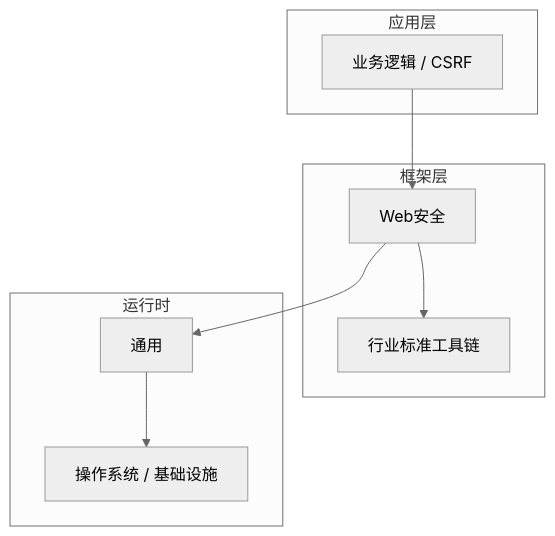
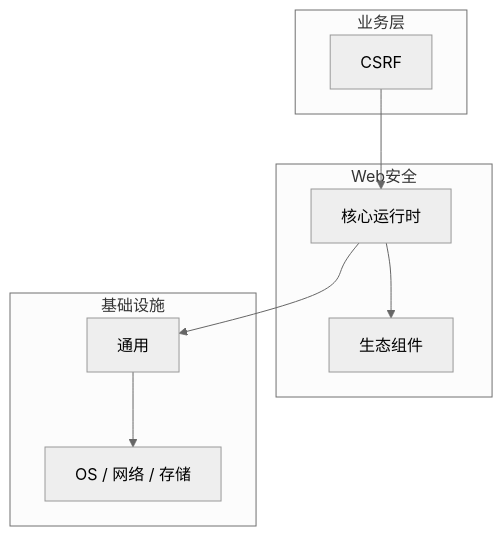
One commit to yanggan2015/knowledge-json-v2 changed the diagram in articles/Web安全/chapters/013-跨站请求伪造风险核心概念与原理.md. Above: the diagram before and after it, drawn with Mermaid (neutral theme). The commit also changed other lines of this file and 10127 other files, not shown here.

````diff
--- a/articles/Web安全/chapters/013-跨站请求伪造风险核心概念与原理.md
+++ b/articles/Web安全/chapters/013-跨站请求伪造风险核心概念与原理.md
@@ -46,18 +31,18 @@
 ```mermaid
 graph TB
-    subgraph 应用层
-        A[业务逻辑 / CSRF]
+    subgraph 业务层
+        A[CSRF]
     end
-    subgraph 框架层
-        B[Web安全]
-        C[行业标准工具链]
+    subgraph Web安全
+        B[核心运行时]
+        C[生态组件]
     end
-    subgraph 运行时
+    subgraph 基础设施
         D[通用]
-        E[操作系统 / 基础设施]
+        E[OS / 网络 / 存储]
     end
     A --> B
     B --> C
     B --> D
     D --> E
 ```
````
